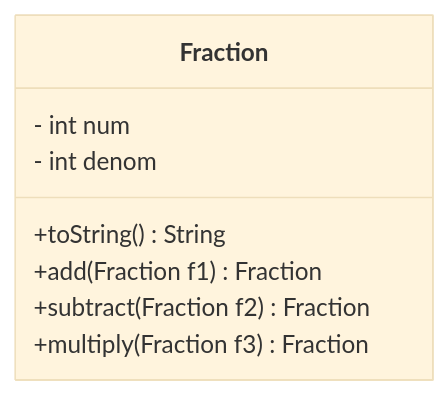
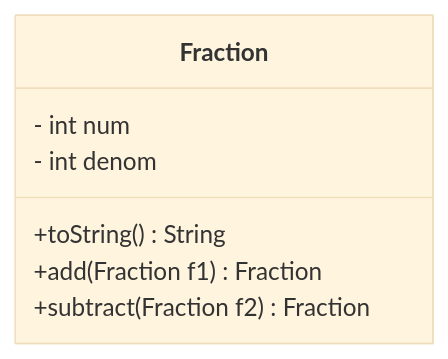
The diagram in Programming 2/Week 4/Programming 2 Week 4 - Day 1.md (0x9ONU/Obsidian-Notes), drawn with Mermaid (base theme) before and after one commit. The commit also changed other lines of this file, not shown here.

Commit message:
vault backup: 2023-02-13 11:43:18

````diff
--- a/Programming 2/Week 4/Programming 2 Week 4 - Day 1.md
+++ b/Programming 2/Week 4/Programming 2 Week 4 - Day 1.md
@@ -37,14 +37,13 @@
 ```mermaid
 classDiagram
 
 class Fraction {
     - int num
     - int denom
     +toString() String
     +add(Fraction f1) Fraction
     +subtract(Fraction f2) Fraction
-    +multiply(Fraction f3) Fraction
 }
 
 
 ```
````
